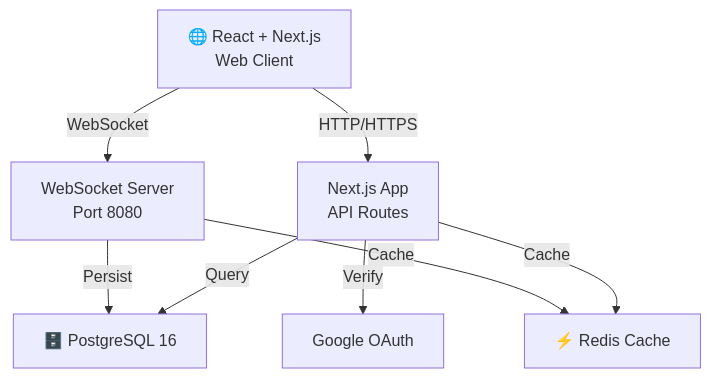
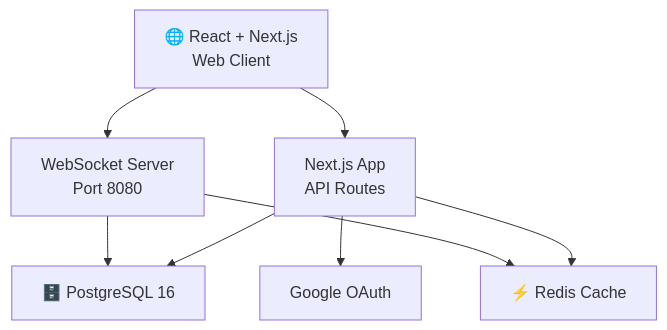
The first of 3 diagrams in README.md (ByteForge24/TypeFast), drawn with Mermaid before and after one commit.

````diff
--- a/README.md
+++ b/README.md
@@ -20,17 +20,17 @@
 ```mermaid
 graph TB
     WEB["🌐 React + Next.js<br/>Web Client"]
     NEXT["Next.js App<br/>API Routes"]
     WS["WebSocket Server<br/>Port 8080"]
     PG["🗄️ PostgreSQL 16"]
     REDIS["⚡ Redis Cache"]
     GOOGLE["Google OAuth"]
 
-    WEB -->|HTTP/HTTPS| NEXT
-    WEB -->|WebSocket| WS
-    NEXT -->|Query| PG
-    NEXT -->|Cache| REDIS
-    NEXT -->|Verify| GOOGLE
-    WS -->|Persist| PG
-    WS -->|Cache| REDIS
+    WEB --> NEXT
+    WEB --> WS
+    NEXT --> PG
+    NEXT --> REDIS
+    NEXT --> GOOGLE
+    WS --> PG
+    WS --> REDIS
 ```
````
